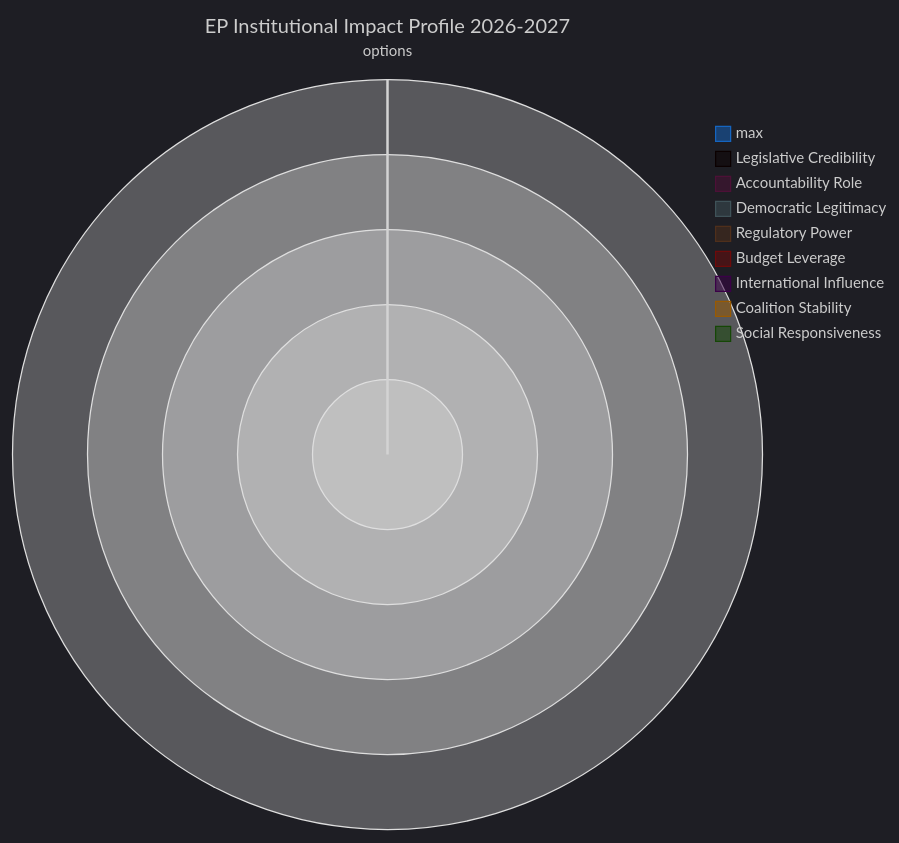
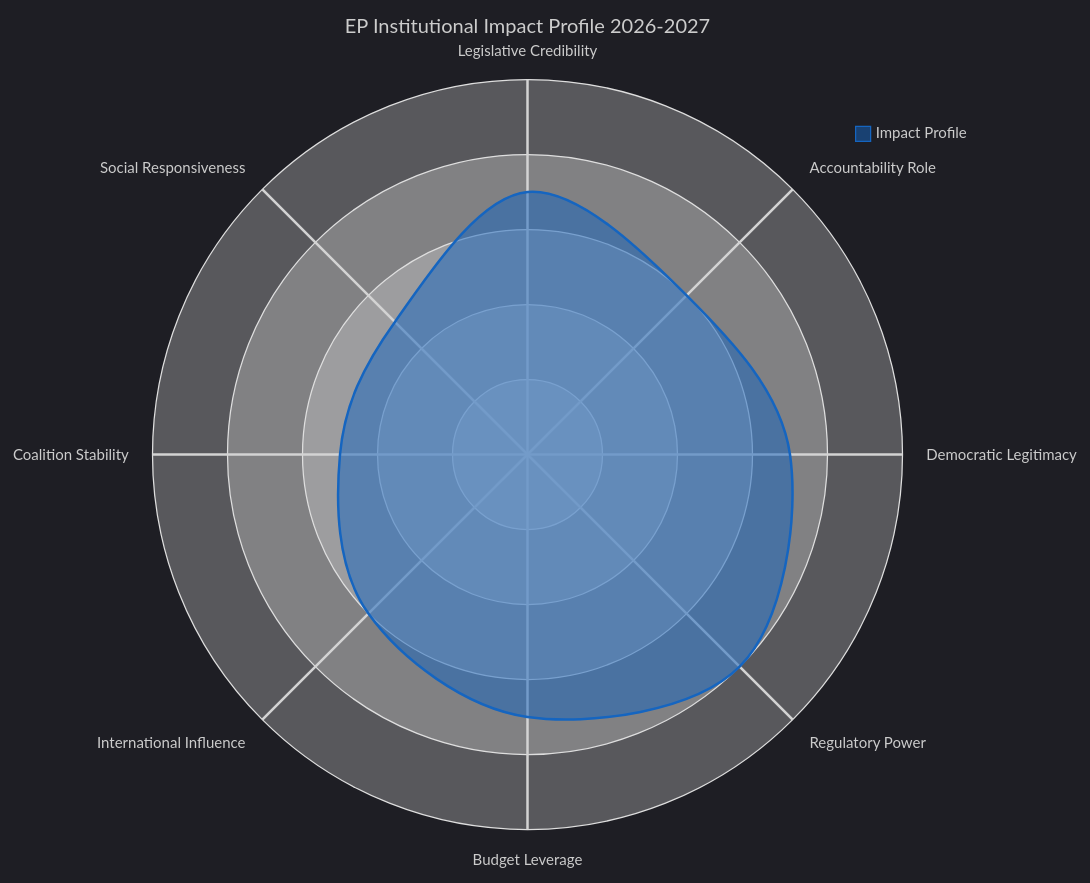
Before and after one commit to Hack23/euparliamentmonitor: the fourth of 13 diagrams in analysis/daily/2026-05-11/year-ahead/article.md, drawn with Mermaid. The commit also changed 8 other files, not shown here.

Commit message:
fix(mermaid): address review comments on radar/quadrant/xychart semantics

````diff
--- a/analysis/daily/2026-05-11/year-ahead/article.md
+++ b/analysis/daily/2026-05-11/year-ahead/article.md
@@ -641,15 +641,8 @@
 ```mermaid
 %%{init:{"theme":"dark","themeVariables":{"primaryColor":"#1565C0","lineColor":"#90CAF9"}}}%%
 radar-beta
     title EP Institutional Impact Profile 2026-2027
-    axis a1["options"]
-    curve c1["max"]{10}
-    curve c2["Legislative Credibility"]{7}
-    curve c3["Accountability Role"]{6}
-    curve c4["Democratic Legitimacy"]{7}
-    curve c5["Regulatory Power"]{8}
-    curve c6["Budget Leverage"]{7}
-    curve c7["International Influence"]{6}
-    curve c8["Coalition Stability"]{5}
-    curve c9["Social Responsiveness"]{5}
+    axis a1["Legislative Credibility"], a2["Accountability Role"], a3["Democratic Legitimacy"], a4["Regulatory Power"], a5["Budget Leverage"], a6["International Influence"], a7["Coalition Stability"], a8["Social Responsiveness"]
+    curve c1["Impact Profile"]{7, 6, 7, 8, 7, 6, 5, 5}
+    max 10
 ```
````
